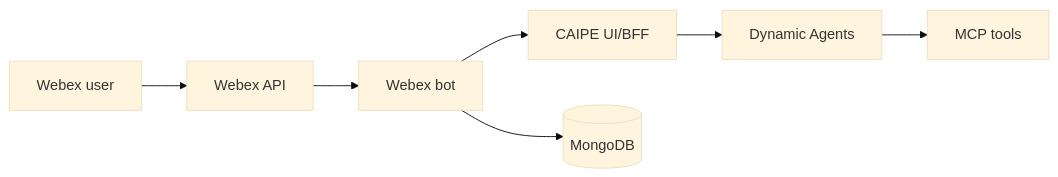
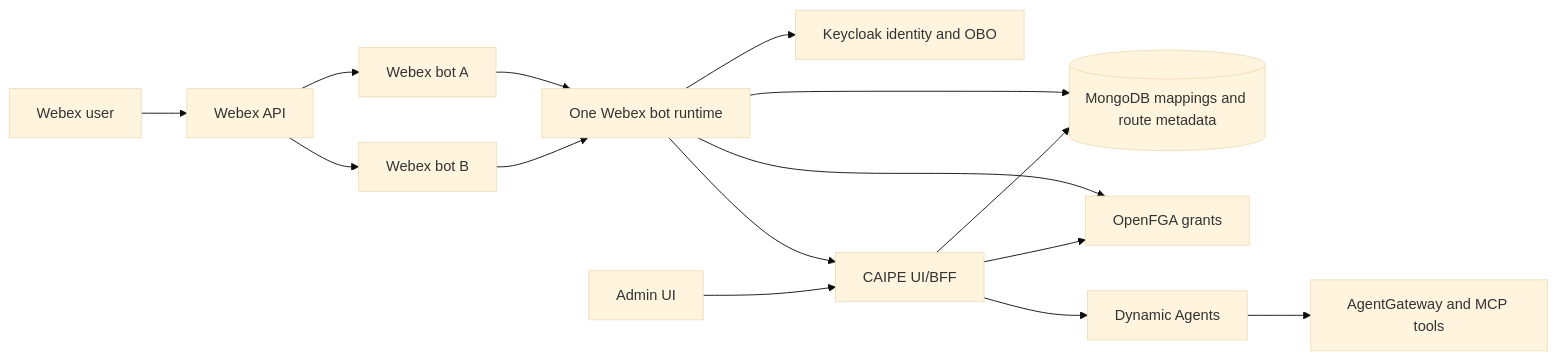
One commit to cnoe-io/ai-platform-engineering changed the first of 2 diagrams in docs/docs/integrations/webex-bot.md. Above: the diagram before and after it, drawn with Mermaid (base theme). The commit also changed other lines of this file and 130 other files, not shown here.

````diff
--- a/docs/docs/integrations/webex-bot.md
+++ b/docs/docs/integrations/webex-bot.md
@@ -11,9 +13,17 @@
 ```mermaid
 flowchart LR
   U[Webex user] --> W[Webex API]
-  W --> B[Webex bot]
-  B --> UI[CAIPE UI/BFF]
+  W --> A[Webex bot A]
+  W --> B[Webex bot B]
+  A --> R[One Webex bot runtime]
+  B --> R
+  R --> K[Keycloak identity and OBO]
+  R --> M[(MongoDB mappings and route metadata)]
+  R --> F[OpenFGA grants]
+  R --> UI[CAIPE UI/BFF]
   UI --> DA[Dynamic Agents]
-  DA --> MCP[MCP tools]
-  B --> M[(MongoDB)]
+  DA --> AG[AgentGateway and MCP tools]
+  Admin[Admin UI] --> UI
+  UI --> M
+  UI --> F
 ```
````
